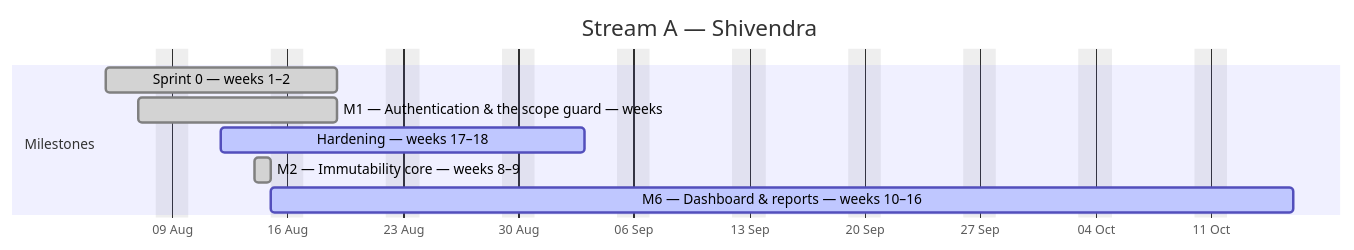
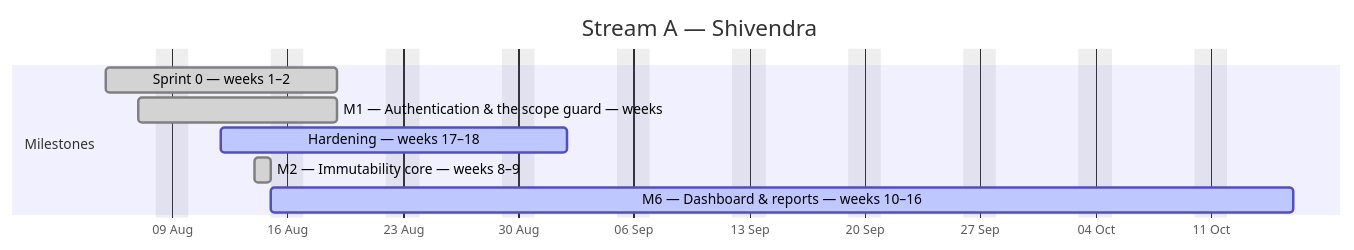
Before and after one commit to debashisedunext/EduTrack: the first of 4 diagrams in docs/plan/GANTT.md, drawn with Mermaid. The commit also changed other lines of this file and 3 other files, not shown here.

````diff
--- a/docs/plan/GANTT.md
+++ b/docs/plan/GANTT.md
@@ -111,13 +111,13 @@
 ```mermaid
 gantt
     dateFormat YYYY-MM-DD
     axisFormat %d %b
     title Stream A — Shivendra
     excludes weekends
     section Milestones
     Sprint 0 — weeks 1–2 :done, a0, 2026-08-05, 10d
     M1 — Authentication & the scope guard — weeks :done, a1, 2026-08-07, 8d
-    Hardening — weeks 17–18 :active, a2, 2026-08-12, 16d
+    Hardening — weeks 17–18 :active, a2, 2026-08-12, 15d
     M2 — Immutability core — weeks 8–9 :done, a3, 2026-08-14, 1d
     M6 — Dashboard & reports — weeks 10–16 :active, a4, 2026-08-15, 45d
 ```
````
